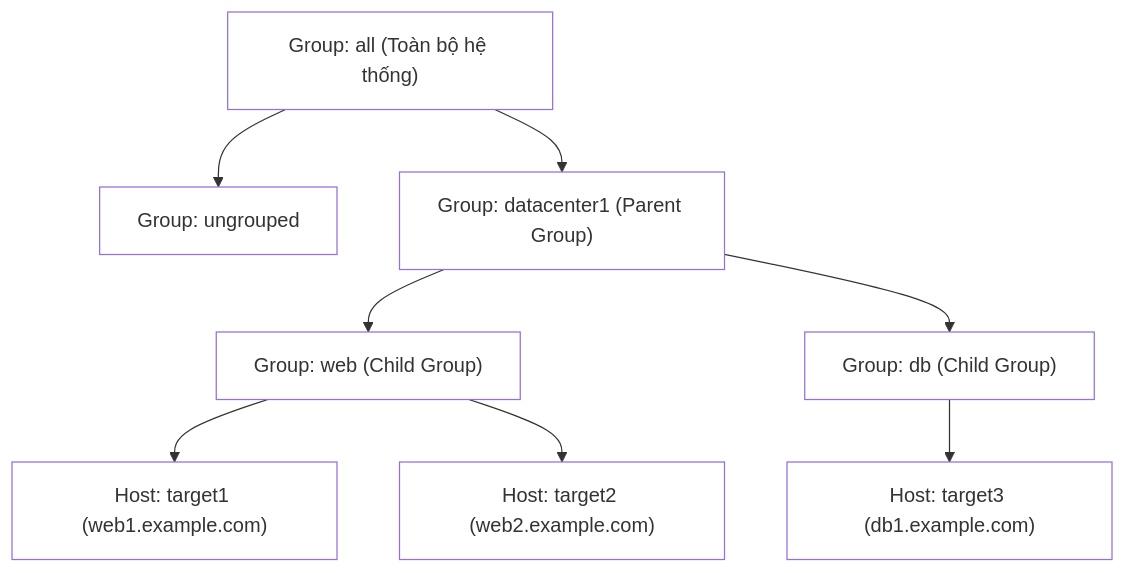
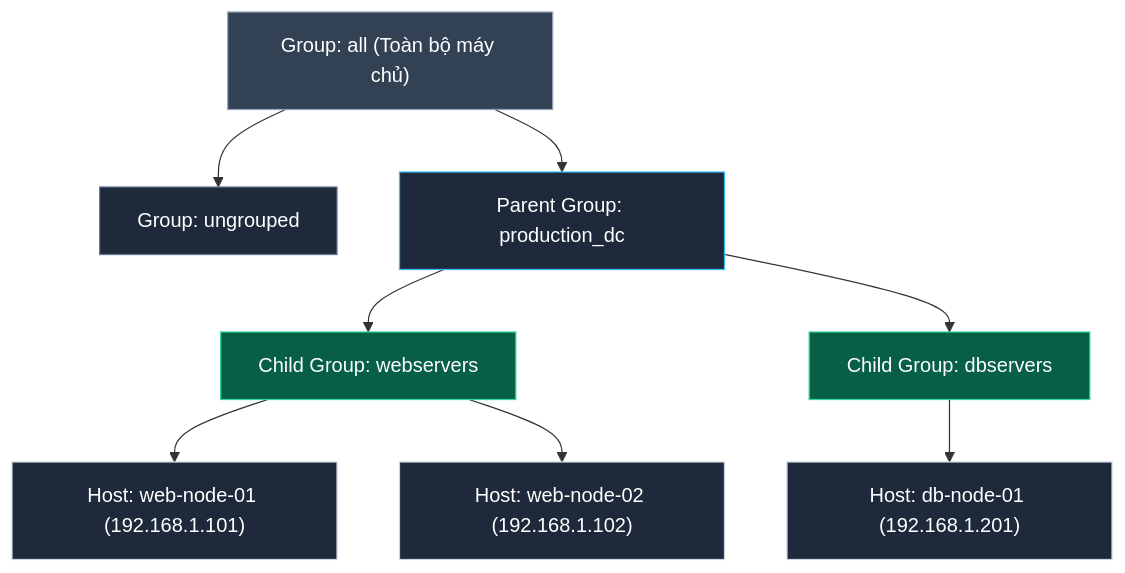
One commit to kiennt308/ntk changed the second of 4 diagrams in _posts/2026-09-13-ansible-03-03-inventory.md. Above: the diagram before and after it, drawn with Mermaid. The commit also changed other lines of this file and 30 other files, not shown here.

````diff
--- a/_posts/2026-09-13-ansible-03-03-inventory.md
+++ b/_posts/2026-09-13-ansible-03-03-inventory.md
@@ -83,19 +74,19 @@
 ```mermaid
 graph TD
-    ALL["Group: all (Toàn bộ hệ thống)"] --> UNGROUPED["Group: ungrouped"]
-    ALL --> DC1["Group: datacenter1 (Parent Group)"]
-    DC1 --> WEB["Group: web (Child Group)"]
-    DC1 --> DB["Group: db (Child Group)"]
-    WEB --> H1["Host: target1 (web1.example.com)"]
-    WEB --> H2["Host: target2 (web2.example.com)"]
-    DB --> H3["Host: target3 (db1.example.com)"]
+    ALL["Group: all (Toàn bộ máy chủ)"] --> UNGROUPED["Group: ungrouped"]
+    ALL --> DC1["Parent Group: production_dc"]
+    DC1 --> WEB["Child Group: webservers"]
+    DC1 --> DB["Child Group: dbservers"]
+    WEB --> H1["Host: web-node-01 (192.168.1.101)"]
+    WEB --> H2["Host: web-node-02 (192.168.1.102)"]
+    DB --> H3["Host: db-node-01 (192.168.1.201)"]
 
-    style ALL fill:none
-    style UNGROUPED fill:none
-    style DC1 fill:none
-    style WEB fill:none
-    style DB fill:none
-    style H1 fill:none
-    style H2 fill:none
-    style H3 fill:none
+    style ALL fill:#334155,stroke:#94a3b8,color:#fff
+    style UNGROUPED fill:#1e293b,stroke:#64748b,color:#fff
+    style DC1 fill:#1e293b,stroke:#38bdf8,color:#fff
+    style WEB fill:#065f46,stroke:#34d399,color:#fff
+    style DB fill:#065f46,stroke:#34d399,color:#fff
+    style H1 fill:#1e293b,stroke:#cbd5e1,color:#fff
+    style H2 fill:#1e293b,stroke:#cbd5e1,color:#fff
+    style H3 fill:#1e293b,stroke:#cbd5e1,color:#fff
 ```
````
